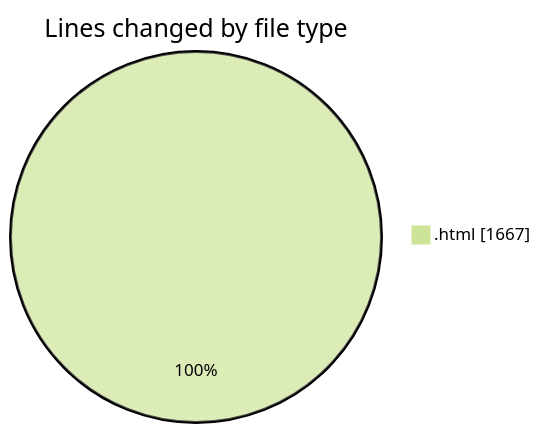
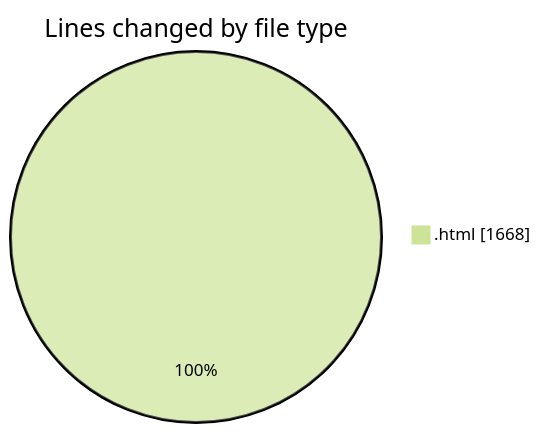
One commit to vahidmafi/code-tracking changed the first of 2 diagrams in 2025-09-16/landing/README.md. Above: the diagram before and after it, drawn with Mermaid (forest theme). The commit also changed other lines of this file and 1 other file, not shown here.

````diff
--- a/2025-09-16/landing/README.md
+++ b/2025-09-16/landing/README.md
@@ -25,5 +25,5 @@
 ```mermaid
 pie showData
 title Lines changed by file type
-".html" : 1667
+".html" : 1668
 ```
````
